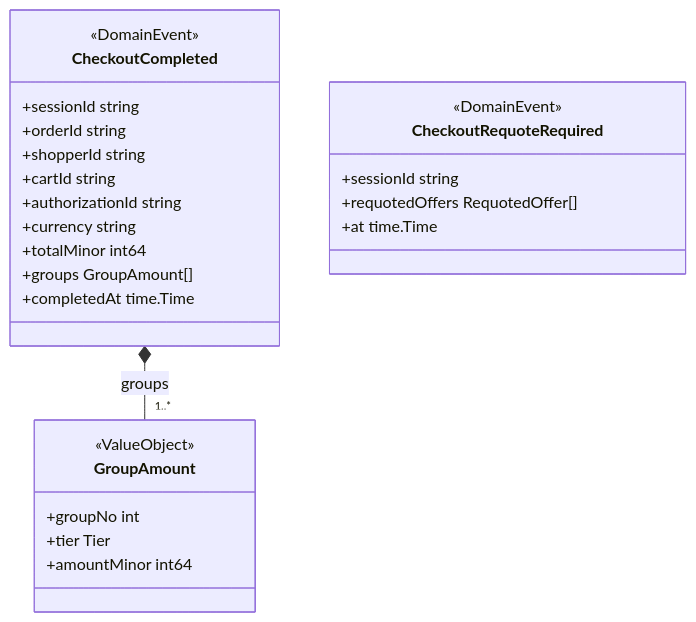
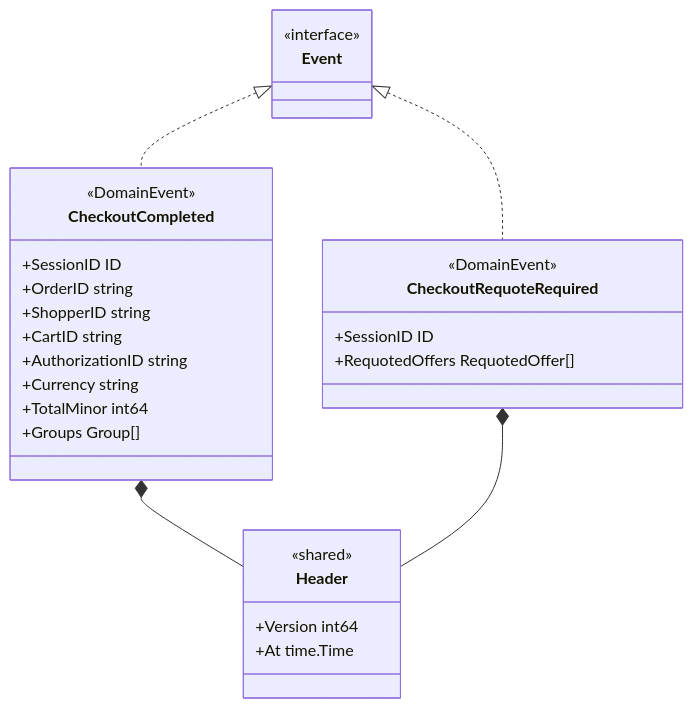
Before and after one commit to IQVO/checkout: the third of 5 diagrams in docs/docs/ddd/class-diagram.md, drawn with Mermaid. The commit also changed other lines of this file and 8 other files, not shown here.

````diff
--- a/docs/docs/ddd/class-diagram.md
+++ b/docs/docs/ddd/class-diagram.md
@@ -131,29 +171,32 @@
 ```mermaid
 classDiagram
     direction TB
+    class Event {
+        <<interface>>
+    }
     class CheckoutCompleted {
         <<DomainEvent>>
-        +sessionId string
-        +orderId string
-        +shopperId string
-        +cartId string
-        +authorizationId string
-        +currency string
-        +totalMinor int64
-        +groups GroupAmount[]
-        +completedAt time.Time
-    }
-    class GroupAmount {
-        <<ValueObject>>
-        +groupNo int
-        +tier Tier
-        +amountMinor int64
+        +SessionID ID
+        +OrderID string
+        +ShopperID string
+        +CartID string
+        +AuthorizationID string
+        +Currency string
+        +TotalMinor int64
+        +Groups Group[]
     }
     class CheckoutRequoteRequired {
         <<DomainEvent>>
-        +sessionId string
-        +requotedOffers RequotedOffer[]
-        +at time.Time
+        +SessionID ID
+        +RequotedOffers RequotedOffer[]
     }
-    CheckoutCompleted *-- "1..*" GroupAmount : groups
+    class Header {
+        <<shared>>
+        +Version int64
+        +At time.Time
+    }
+    Event <|.. CheckoutCompleted
+    Event <|.. CheckoutRequoteRequired
+    CheckoutCompleted *-- Header
+    CheckoutRequoteRequired *-- Header
 ```
````
